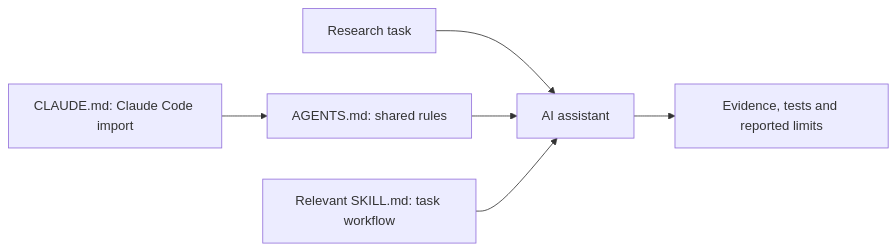
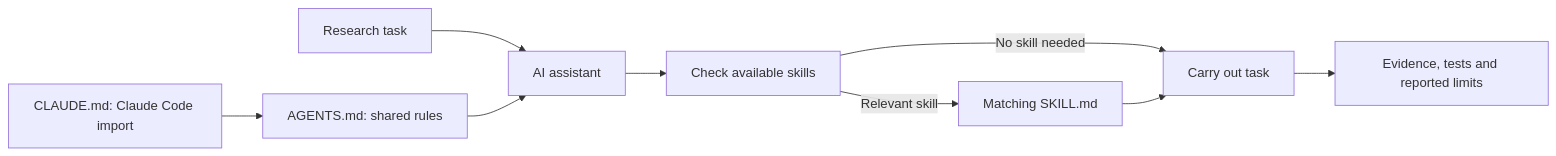
The diagram in README.md (mug-n-ai/research-ai-toolkit), drawn with Mermaid before and after one commit. The commit also changed other lines of this file and 1 other file, not shown here.

Commit message:
Explain automatic skill discovery before research workflows

````diff
--- a/README.md
+++ b/README.md
@@ -141,8 +147,11 @@
 ```mermaid
 flowchart LR
     TASK["Research task"] --> AI["AI assistant"]
     RULES["AGENTS.md: shared rules"] --> AI
     CLAUDE["CLAUDE.md: Claude Code import"] --> RULES
-    SKILL["Relevant SKILL.md: task workflow"] --> AI
-    AI --> RESULT["Evidence, tests and reported limits"]
+    AI --> CHOOSE["Check available skills"]
+    CHOOSE -->|Relevant skill| SKILL["Matching SKILL.md"]
+    CHOOSE -->|No skill needed| WORK["Carry out task"]
+    SKILL --> WORK
+    WORK --> RESULT["Evidence, tests and reported limits"]
 ```
````
